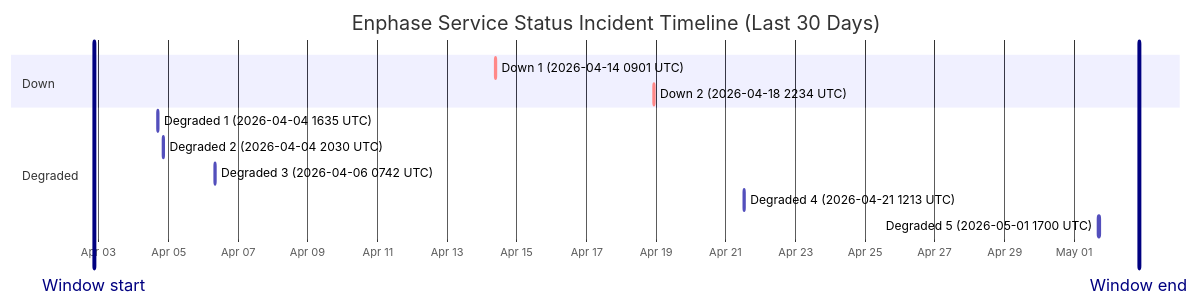
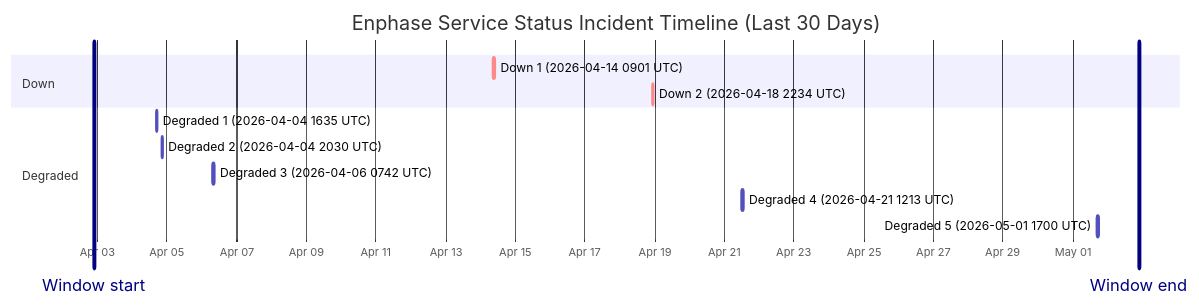
One commit to barneyonline/ha-enphase-ev-charger changed the diagram in wiki/Service-Status-History.md. Above: the diagram before and after it, drawn with Mermaid. The commit also changed other lines of this file and 3 other files, not shown here.

````diff
--- a/wiki/Service-Status-History.md
+++ b/wiki/Service-Status-History.md
@@ -14,17 +14,17 @@
 ```mermaid
 gantt
     title Enphase Service Status Incident Timeline (Last 30 Days)
     dateFormat  YYYY-MM-DDTHH:mm:ss
     axisFormat  %b %d
-    Window start :vert, window-start, 2026-04-02T20:40:13, 0ms
-    Window end :vert, window-end, 2026-05-02T20:40:13, 0ms
+    Window start :vert, window-start, 2026-04-02T21:39:35, 0ms
+    Window end :vert, window-end, 2026-05-02T21:39:35, 0ms
     section Down
     Down 1 (2026-04-14 0901 UTC) :crit, down-1, 2026-04-14T09:01:13, 60m
     Down 2 (2026-04-18 2234 UTC) :crit, down-2, 2026-04-18T22:34:13, 60m
     section Degraded
     Degraded 1 (2026-04-04 1635 UTC) :active, degraded-1, 2026-04-04T16:35:17, 60m
     Degraded 2 (2026-04-04 2030 UTC) :active, degraded-2, 2026-04-04T20:30:40, 60m
     Degraded 3 (2026-04-06 0742 UTC) :active, degraded-3, 2026-04-06T07:42:09, 85m
     Degraded 4 (2026-04-21 1213 UTC) :active, degraded-4, 2026-04-21T12:13:11, 60m
     Degraded 5 (2026-05-01 1700 UTC) :active, degraded-5, 2026-05-01T17:00:22, 60m
 ```
````
